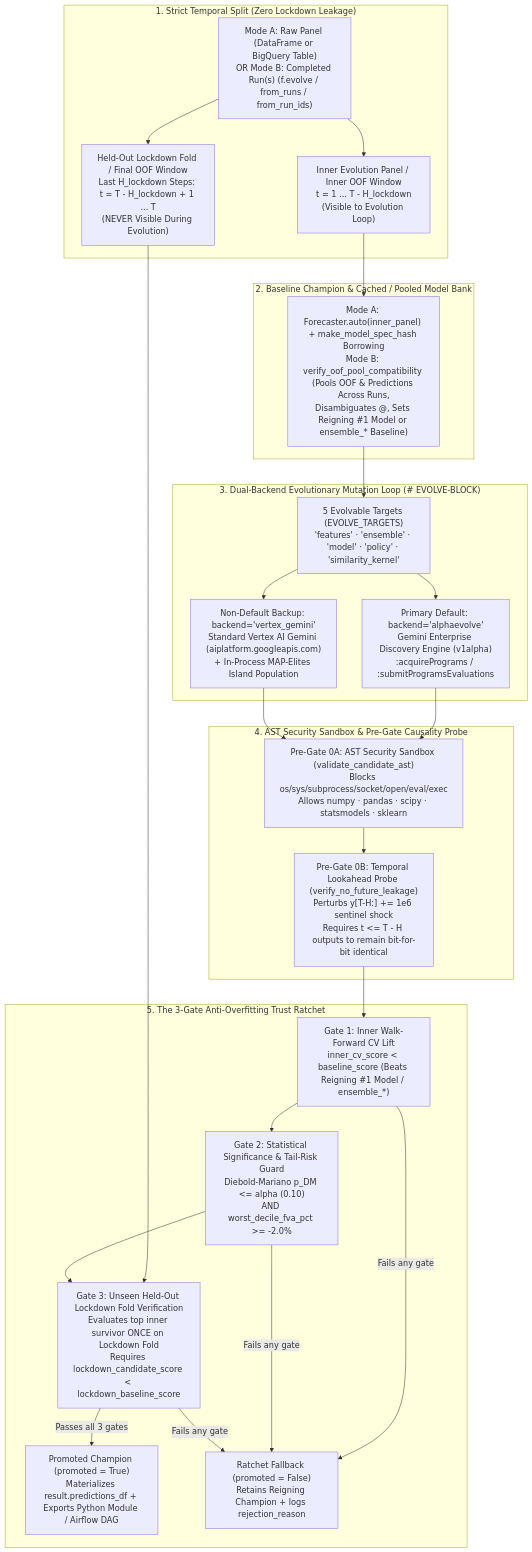
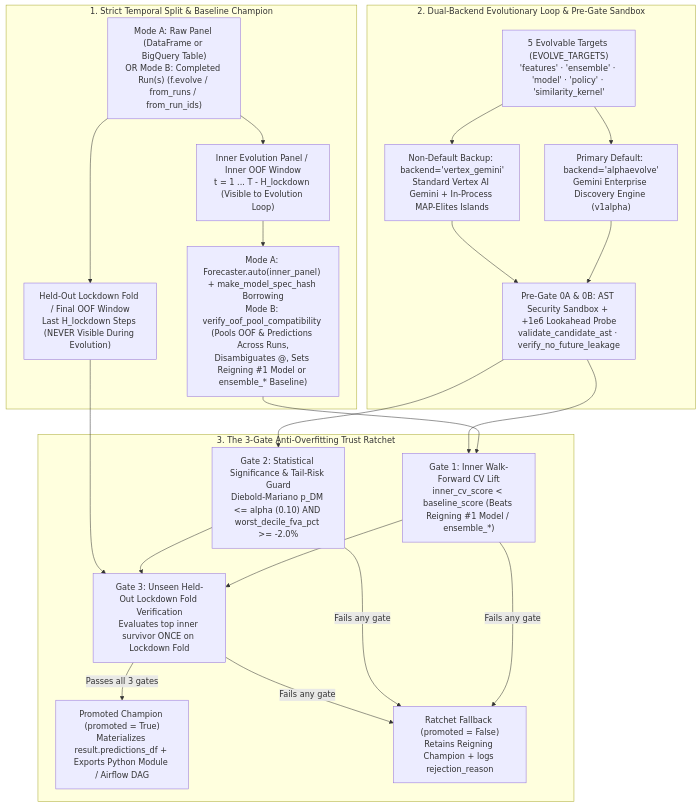
The diagram in docs/alphaevolve_runner.md (statmike/scale-forecasting), drawn with Mermaid before and after one commit. The commit also changed 16 other files, not shown here.

Commit message:
docs: expand temporal reconciliation reference, fix GitHub MathJax & Mermaid aspect ratios, and add pre-commit tripwires

````diff
--- a/docs/alphaevolve_runner.md
+++ b/docs/alphaevolve_runner.md
@@ -48,39 +48,34 @@
 ```mermaid
 flowchart TB
-    subgraph Split["1. Strict Temporal Split (Zero Lockdown Leakage)"]
+    subgraph Split["1. Strict Temporal Split & Baseline Champion"]
         Raw["Mode A: Raw Panel (DataFrame or BigQuery Table)<br/>OR Mode B: Completed Run(s) (f.evolve / from_runs / from_run_ids)"]
-        Inner["Inner Evolution Panel / Inner OOF Window<br/>t = 1 ... T - H_lockdown<br/>(Visible to Evolution Loop)"]
-        Lock["Held-Out Lockdown Fold / Final OOF Window<br/>Last H_lockdown Steps: t = T - H_lockdown + 1 ... T<br/>(NEVER Visible During Evolution)"]
+        Inner["Inner Evolution Panel / Inner OOF Window<br/>t = 1 ... T - H_lockdown (Visible to Evolution Loop)"]
+        Lock["Held-Out Lockdown Fold / Final OOF Window<br/>Last H_lockdown Steps (NEVER Visible During Evolution)"]
+        Auto["Mode A: Forecaster.auto(inner_panel) + make_model_spec_hash Borrowing<br/>Mode B: verify_oof_pool_compatibility (Pools OOF & Predictions Across Runs,<br/>Disambiguates <model>@<run_short_id>, Sets Reigning #1 Model or ensemble_* Baseline)"]
         Raw --> Inner & Lock
-    end
-
-    subgraph Base["2. Baseline Champion & Cached / Pooled Model Bank"]
-        Auto["Mode A: Forecaster.auto(inner_panel) + make_model_spec_hash Borrowing<br/>Mode B: verify_oof_pool_compatibility (Pools OOF & Predictions Across Runs,<br/>Disambiguates <model>@<run_short_id>, Sets Reigning #1 Model or ensemble_* Baseline)"]
         Inner --> Auto
     end
 
-    subgraph Loop["3. Dual-Backend Evolutionary Mutation Loop (# EVOLVE-BLOCK)"]
+    subgraph Loop["2. Dual-Backend Evolutionary Loop & Pre-Gate Sandbox"]
         Target["5 Evolvable Targets (EVOLVE_TARGETS)<br/>'features' · 'ensemble' · 'model' · 'policy' · 'similarity_kernel'"]
-        Primary["Primary Default: backend='alphaevolve'<br/>Gemini Enterprise Discovery Engine (v1alpha)<br/>:acquirePrograms / :submitProgramsEvaluations"]
-        Backup["Non-Default Backup: backend='vertex_gemini'<br/>Standard Vertex AI Gemini (aiplatform.googleapis.com)<br/>+ In-Process MAP-Elites Island Population"]
-        Auto --> Target --> Primary & Backup
+        Primary["Primary Default: backend='alphaevolve'<br/>Gemini Enterprise Discovery Engine (v1alpha)"]
+        Backup["Non-Default Backup: backend='vertex_gemini'<br/>Standard Vertex AI Gemini + In-Process MAP-Elites Islands"]
+        AST["Pre-Gate 0A & 0B: AST Security Sandbox + +1e6 Lookahead Probe<br/>validate_candidate_ast · verify_no_future_leakage"]
+        Target --> Primary & Backup --> AST
     end
 
-    subgraph Guard["4. AST Security Sandbox & Pre-Gate Causality Probe"]
-        AST["Pre-Gate 0A: AST Security Sandbox (validate_candidate_ast)<br/>Blocks os/sys/subprocess/socket/open/eval/exec<br/>Allows numpy · pandas · scipy · statsmodels · sklearn"]
-        Leak["Pre-Gate 0B: Temporal Lookahead Probe (verify_no_future_leakage)<br/>Perturbs y[T-H:] += 1e6 sentinel shock<br/>Requires t <= T - H outputs to remain bit-for-bit identical"]
-        Primary & Backup --> AST --> Leak
-    end
-
-    subgraph Ratchet["5. The 3-Gate Anti-Overfitting Trust Ratchet"]
+    subgraph Ratchet["3. The 3-Gate Anti-Overfitting Trust Ratchet"]
         G1["Gate 1: Inner Walk-Forward CV Lift<br/>inner_cv_score < baseline_score (Beats Reigning #1 Model / ensemble_*)"]
-        G2["Gate 2: Statistical Significance & Tail-Risk Guard<br/>Diebold-Mariano p_DM <= alpha (0.10)<br/>AND worst_decile_fva_pct >= -2.0%"]
-        G3["Gate 3: Unseen Held-Out Lockdown Fold Verification<br/>Evaluates top inner survivor ONCE on Lockdown Fold<br/>Requires lockdown_candidate_score < lockdown_baseline_score"]
+        G2["Gate 2: Statistical Significance & Tail-Risk Guard<br/>Diebold-Mariano p_DM <= alpha (0.10) AND worst_decile_fva_pct >= -2.0%"]
+        G3["Gate 3: Unseen Held-Out Lockdown Fold Verification<br/>Evaluates top inner survivor ONCE on Lockdown Fold"]
         Promote["Promoted Champion (promoted = True)<br/>Materializes result.predictions_df + Exports Python Module / Airflow DAG"]
         Fallback["Ratchet Fallback (promoted = False)<br/>Retains Reigning Champion + logs rejection_reason"]
-        Leak --> G1 --> G2
-        Lock & G2 --> G3
+        G1 & G2 --> G3
         G3 -->|"Passes all 3 gates"| Promote
         G1 & G2 & G3 -->|"Fails any gate"| Fallback
     end
+
+    Auto --> G1
+    AST --> G1 & G2
+    Lock --> G3
 ```
````
